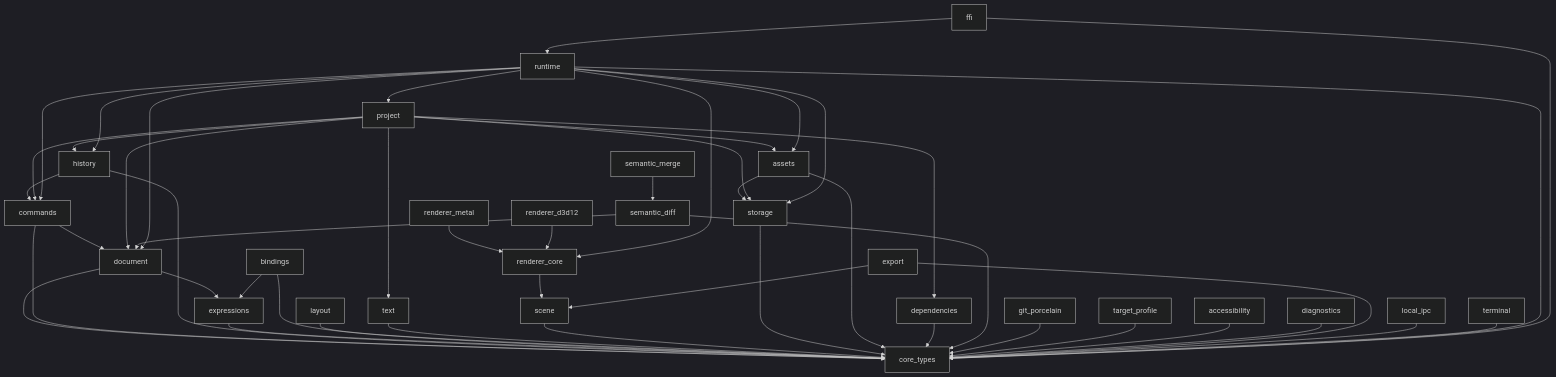
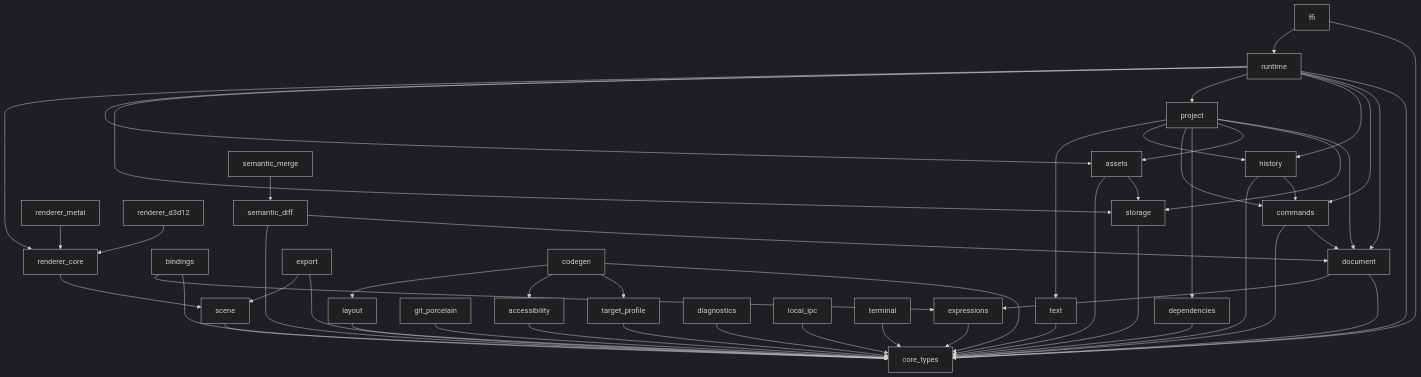
The diagram in docs/architecture/crate-dependency-graph.md (taeyoon0137/project-stellar), drawn with Mermaid (dark theme) before and after one commit. The commit also changed other lines of this file and 19 other files, not shown here.

Commit message:
Task(XXII.1.1): resolved View를 layout·semantics·state·token·capability를 담은 CodegenIR로 변환

````diff
--- a/docs/architecture/crate-dependency-graph.md
+++ b/docs/architecture/crate-dependency-graph.md
@@ -41,50 +42,54 @@
 ```mermaid
 graph TD
   document --> core_types
   document --> expressions
   commands --> document
   commands --> core_types
   history --> commands
   history --> core_types
   expressions --> core_types
   bindings --> core_types
   bindings --> expressions
   layout --> core_types
   text --> core_types
   scene --> core_types
   renderer_core --> scene
   renderer_metal --> renderer_core
   renderer_d3d12 --> renderer_core
   storage --> core_types
   assets --> storage
   assets --> core_types
   dependencies --> core_types
   project --> document
   project --> storage
   project --> assets
   project --> dependencies
   project --> commands
   project --> history
   project --> text
   semantic_diff --> document
   semantic_diff --> core_types
   semantic_merge --> semantic_diff
   git_porcelain --> core_types
   target_profile --> core_types
   accessibility --> core_types
   diagnostics --> core_types
   export --> core_types
   local_ipc --> core_types
   export --> scene
   terminal --> core_types
+  codegen --> core_types
+  codegen --> target_profile
+  codegen --> accessibility
+  codegen --> layout
   runtime --> core_types
   runtime --> document
   runtime --> commands
   runtime --> history
   runtime --> project
   runtime --> storage
   runtime --> assets
   runtime --> renderer_core
   ffi --> core_types
   ffi --> runtime
 ```
````
